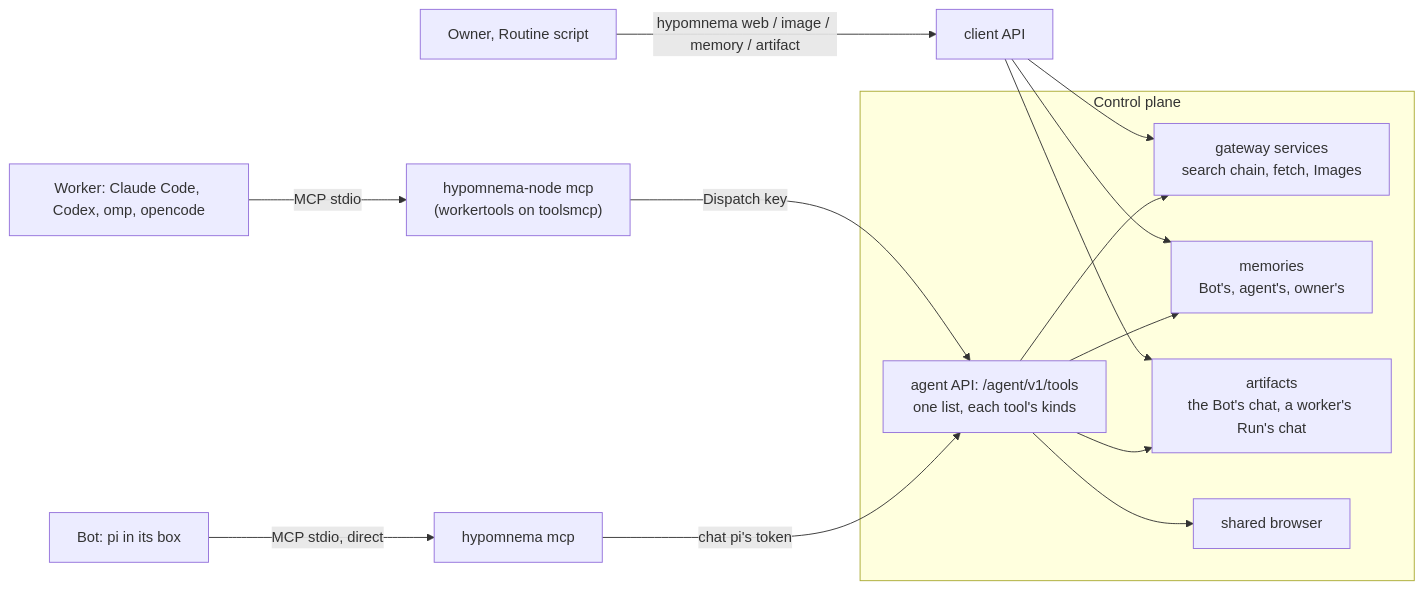
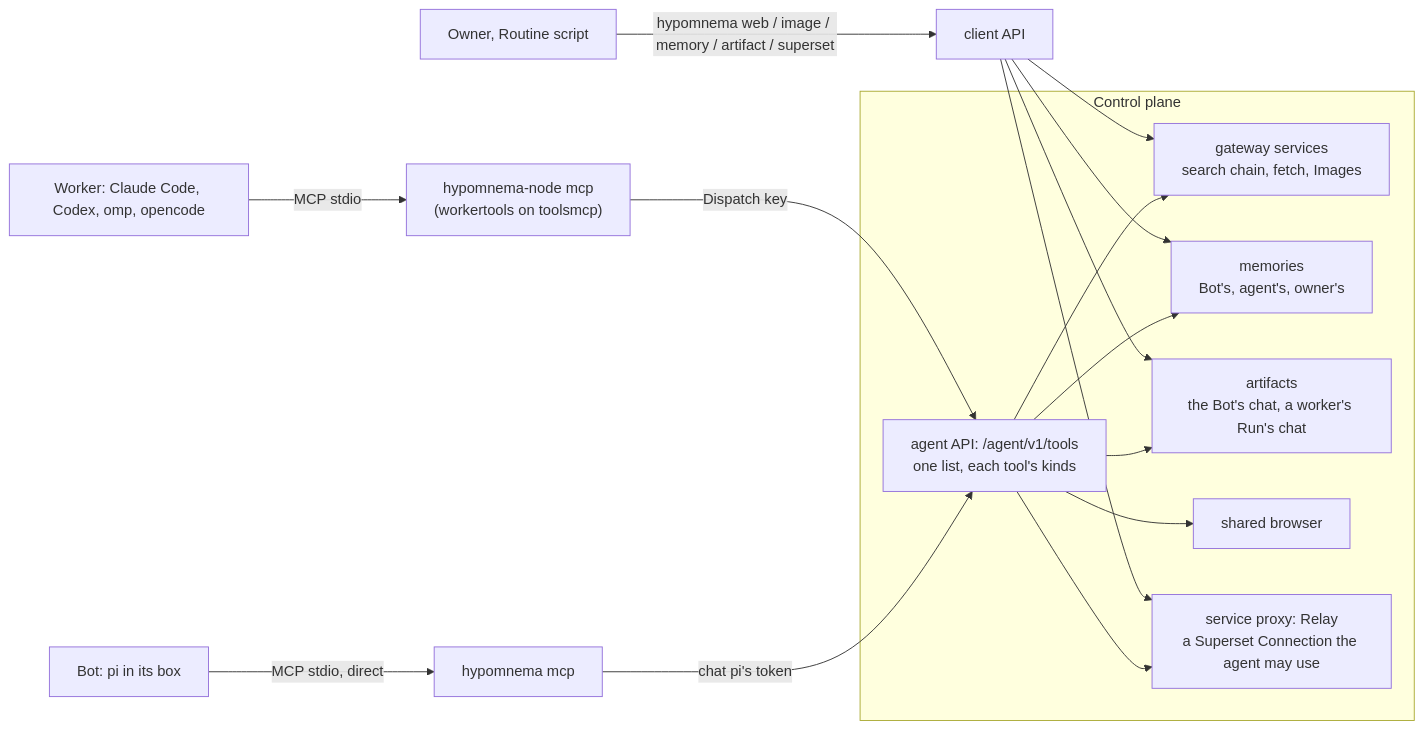
One commit to kl3inIT/hypomnema changed the sixth of 6 diagrams in ARCHITECTURE.md. Above: the diagram before and after it, drawn with Mermaid. The commit also changed other lines of this file and 18 other files, not shown here.

````diff
--- a/ARCHITECTURE.md
+++ b/ARCHITECTURE.md
@@ -2496,14 +2521,16 @@
 ```mermaid
 flowchart LR
     subgraph CP["Control plane"]
         L["agent API: /agent/v1/tools<br/>one list, each tool's kinds"] --> G["gateway services<br/>search chain, fetch, Images"]
         L --> M["memories<br/>Bot's, agent's, owner's"]
         L --> A["artifacts<br/>the Bot's chat, a worker's Run's chat"]
         L --> BR["shared browser"]
+        L --> SP["service proxy: Relay<br/>a Superset Connection the agent may use"]
     end
     P["Bot: pi in its box"] -- "MCP stdio, direct" --> B["hypomnema mcp"] -- "chat pi's token" --> L
     W["Worker: Claude Code, Codex, omp, opencode"] -- "MCP stdio" --> N["hypomnema-node mcp<br/>(workertools on toolsmcp)"] -- "Dispatch key" --> L
-    O["Owner, Routine script"] -- "hypomnema web / image / memory / artifact" --> C["client API"] --> G
+    O["Owner, Routine script"] -- "hypomnema web / image / memory / artifact / superset" --> C["client API"] --> G
     C --> M
     C --> A
+    C --> SP
 ```
````
